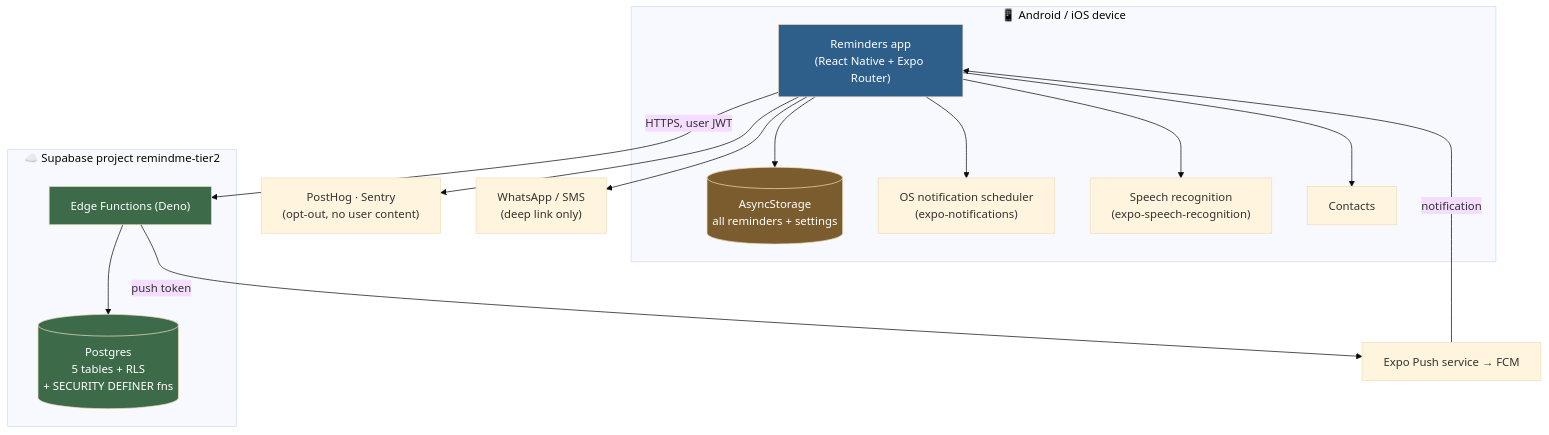
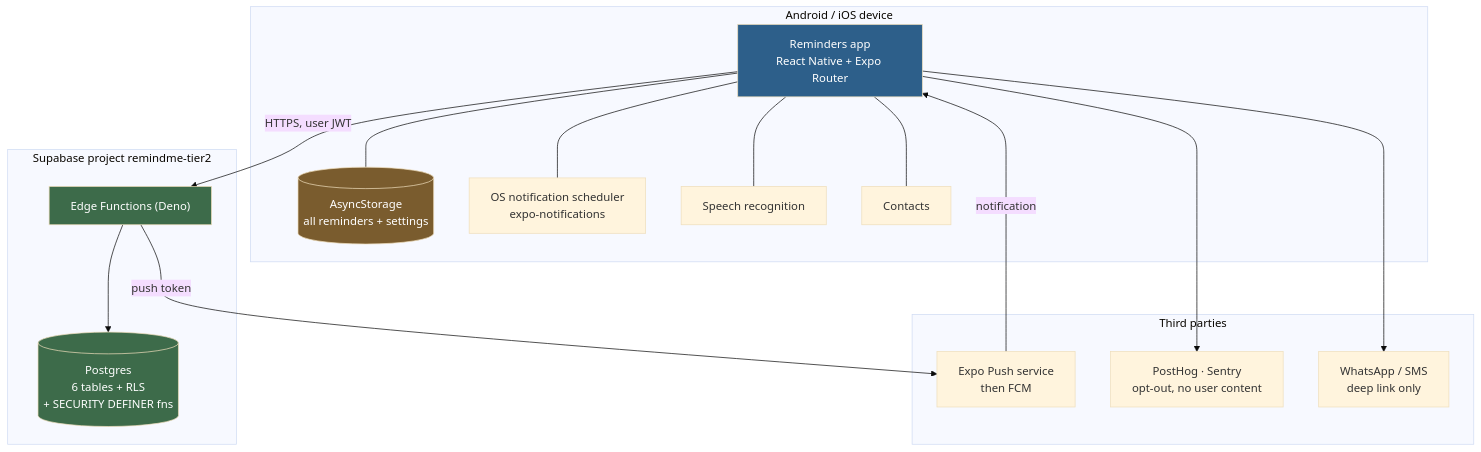
Before and after one commit to AJ-72/remindme: the first of 6 diagrams in docs/knowledge/02-architecture.md, drawn with Mermaid (base theme). The commit also changed other lines of this file and 36 other files, not shown here.

First line of the commit message:
docs(knowledge): pre-render diagrams to SVG so they display on GitHub

````diff
--- a/docs/knowledge/02-architecture.md
+++ b/docs/knowledge/02-architecture.md
@@ -10,35 +18,37 @@
 ```mermaid
 graph TB
-    subgraph Device["📱 Android / iOS device"]
-        APP["Reminders app<br/>(React Native + Expo Router)"]
+    subgraph Device["Android / iOS device"]
+        APP["Reminders app<br/>React Native + Expo Router"]
         AS[("AsyncStorage<br/>all reminders + settings")]
-        OS["OS notification scheduler<br/>(expo-notifications)"]
-        STT["Speech recognition<br/>(expo-speech-recognition)"]
+        OS["OS notification scheduler<br/>expo-notifications"]
+        STT["Speech recognition"]
         CONTACTS["Contacts"]
     end
 
-    subgraph Cloud["☁️ Supabase project remindme-tier2"]
+    subgraph Cloud["Supabase project remindme-tier2"]
         EF["Edge Functions (Deno)"]
-        PG[("Postgres<br/>5 tables + RLS<br/>+ SECURITY DEFINER fns")]
+        PG[("Postgres<br/>6 tables + RLS<br/>+ SECURITY DEFINER fns")]
     end
 
-    EXPO["Expo Push service → FCM"]
-    VENDOR["PostHog · Sentry<br/>(opt-out, no user content)"]
-    MSG["WhatsApp / SMS<br/>(deep link only)"]
+    subgraph Ext["Third parties"]
+        EXPO["Expo Push service<br/>then FCM"]
+        VENDOR["PostHog · Sentry<br/>opt-out, no user content"]
+        MSG["WhatsApp / SMS<br/>deep link only"]
+    end
 
-    APP --> AS
-    APP --> OS
-    APP --> STT
-    APP --> CONTACTS
+    APP --- AS
+    APP --- OS
+    APP --- STT
+    APP --- CONTACTS
     APP -->|HTTPS, user JWT| EF
     EF --> PG
     EF -->|push token| EXPO
     EXPO -->|notification| APP
     APP --> VENDOR
     APP --> MSG
 
     style APP fill:#2d5f8a,color:#fff
     style PG fill:#3d6b4a,color:#fff
     style EF fill:#3d6b4a,color:#fff
     style AS fill:#7a5c2e,color:#fff
 ```
````
